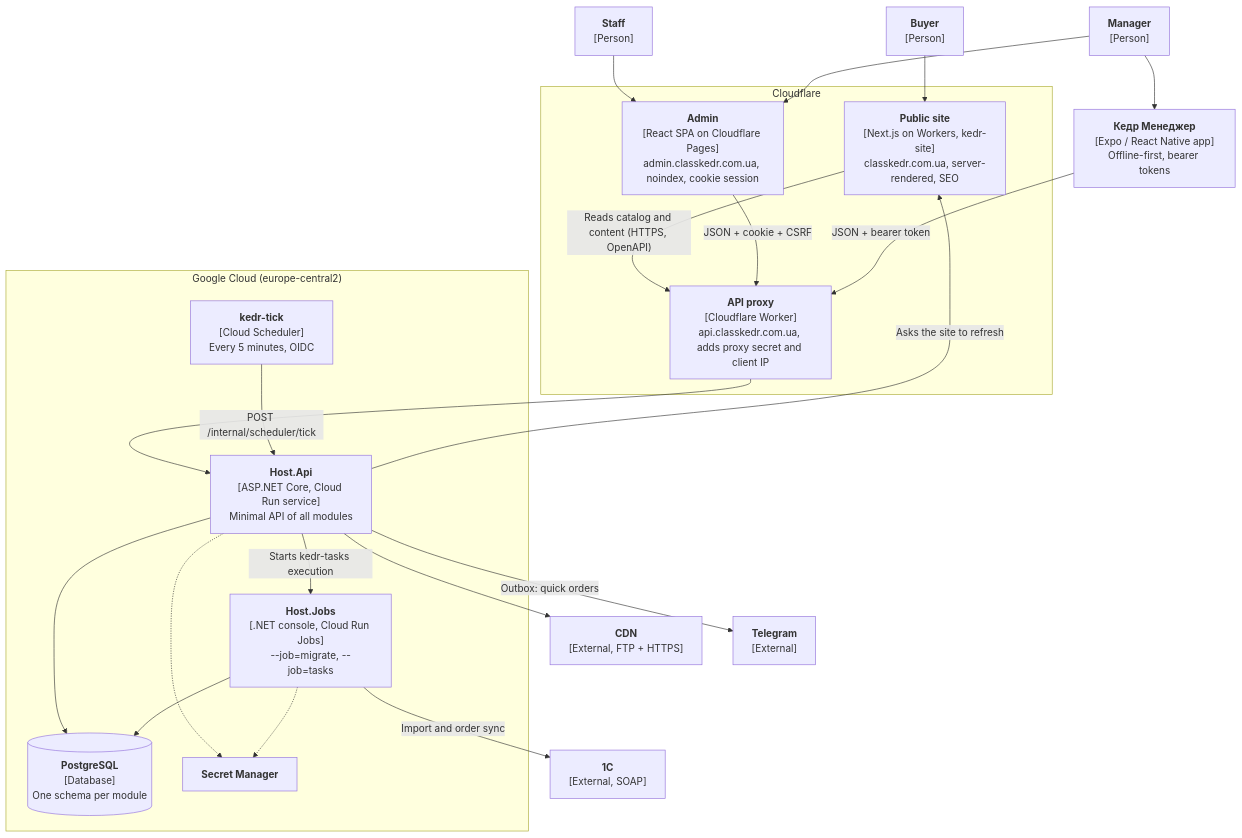
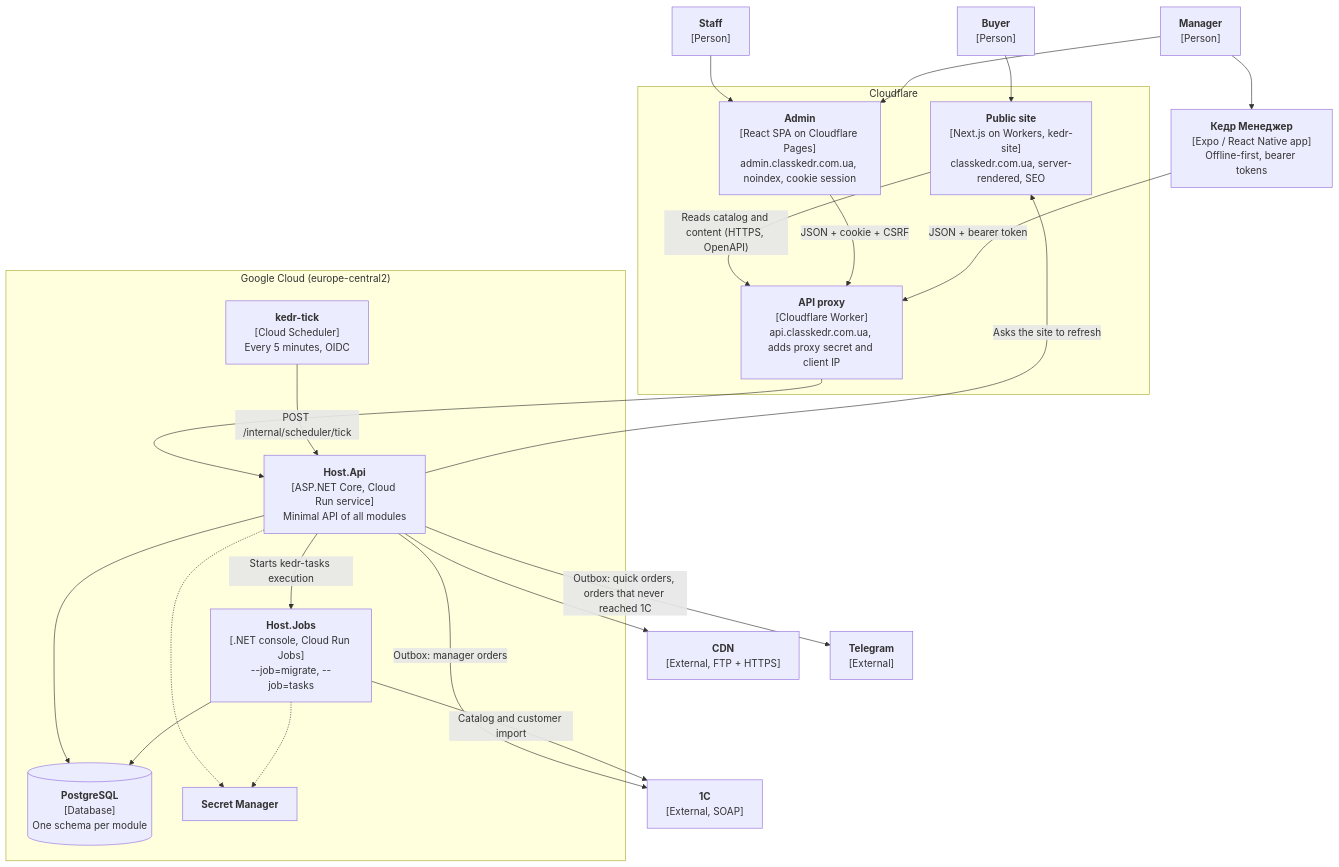
Before and after one commit to Weretik/KedrStore: the second of 3 diagrams in docs/sdd/architecture/c4/README.md, drawn with Mermaid. The commit also changed 132 other files, not shown here.

First line of the commit message:
Send manager orders and customer deletions through the shared outbox

````diff
--- a/docs/sdd/architecture/c4/README.md
+++ b/docs/sdd/architecture/c4/README.md
@@ -35,45 +35,46 @@
 ```mermaid
 flowchart TB
     buyer["<b>Buyer</b><br/>[Person]"]
     manager["<b>Manager</b><br/>[Person]"]
     staff["<b>Staff</b><br/>[Person]"]
 
     subgraph cf["Cloudflare"]
         site["<b>Public site</b><br/>[Next.js on Workers, kedr-site]<br/>classkedr.com.ua, server-rendered, SEO"]
         proxy["<b>API proxy</b><br/>[Cloudflare Worker]<br/>api.classkedr.com.ua, adds proxy secret and client IP"]
         admin["<b>Admin</b><br/>[React SPA on Cloudflare Pages]<br/>admin.classkedr.com.ua, noindex, cookie session"]
     end
 
     mobile["<b>Кедр Менеджер</b><br/>[Expo / React Native app]<br/>Offline-first, bearer tokens"]
 
     subgraph gcp["Google Cloud (europe-central2)"]
         api["<b>Host.Api</b><br/>[ASP.NET Core, Cloud Run service]<br/>Minimal API of all modules"]
         jobs["<b>Host.Jobs</b><br/>[.NET console, Cloud Run Jobs]<br/>--job=migrate, --job=tasks"]
         scheduler["<b>kedr-tick</b><br/>[Cloud Scheduler]<br/>Every 5 minutes, OIDC"]
         db[("<b>PostgreSQL</b><br/>[Database]<br/>One schema per module")]
         secrets["<b>Secret Manager</b>"]
     end
 
     onec["<b>1C</b><br/>[External, SOAP]"]
     cdn["<b>CDN</b><br/>[External, FTP + HTTPS]"]
     telegram["<b>Telegram</b><br/>[External]"]
 
     buyer --> site
     staff --> admin
     manager --> mobile
     manager --> admin
     site -->|"Reads catalog and content (HTTPS, OpenAPI)"| proxy
     admin -->|"JSON + cookie + CSRF"| proxy
     mobile -->|"JSON + bearer token"| proxy
     proxy --> api
     scheduler -->|"POST /internal/scheduler/tick"| api
     api -->|"Starts kedr-tasks execution"| jobs
     api --> db
     jobs --> db
     api --> cdn
-    api -->|"Outbox: quick orders"| telegram
-    jobs -->|"Import and order sync"| onec
+    api -->|"Outbox: quick orders, orders that never reached 1C"| telegram
+    api -->|"Outbox: manager orders"| onec
+    jobs -->|"Catalog and customer import"| onec
     api -->|"Asks the site to refresh"| site
     api -.-> secrets
     jobs -.-> secrets
 ```
````
